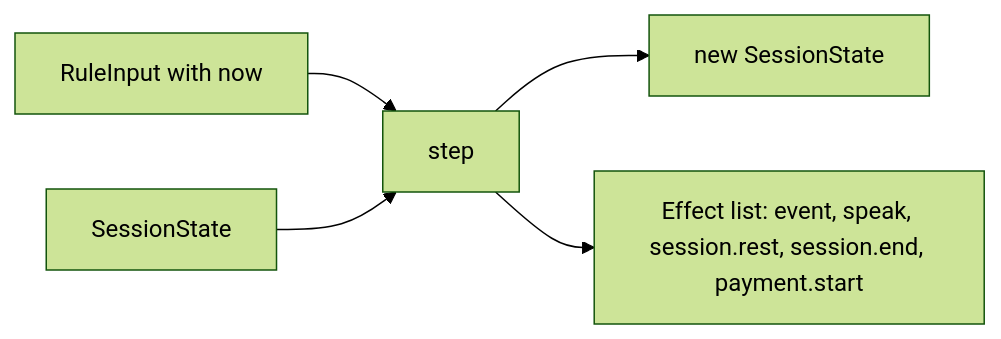
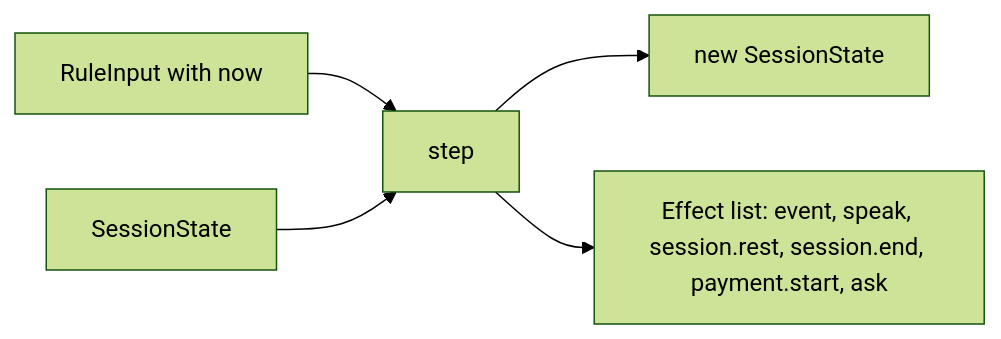
One commit to mrBymax/glance changed the third of 7 diagrams in apps/server/README.md. Above: the diagram before and after it, drawn with Mermaid (forest theme). The commit also changed other lines of this file and 29 other files, not shown here.

````diff
--- a/apps/server/README.md
+++ b/apps/server/README.md
@@ -359,7 +363,7 @@
 ```mermaid
 flowchart LR
   input["RuleInput with now"] --> step
   state["SessionState"] --> step
   step --> next["new SessionState"]
-  step --> effects["Effect list: event, speak, session.rest, session.end, payment.start"]
+  step --> effects["Effect list: event, speak, session.rest, session.end, payment.start, ask"]
 ```
````
